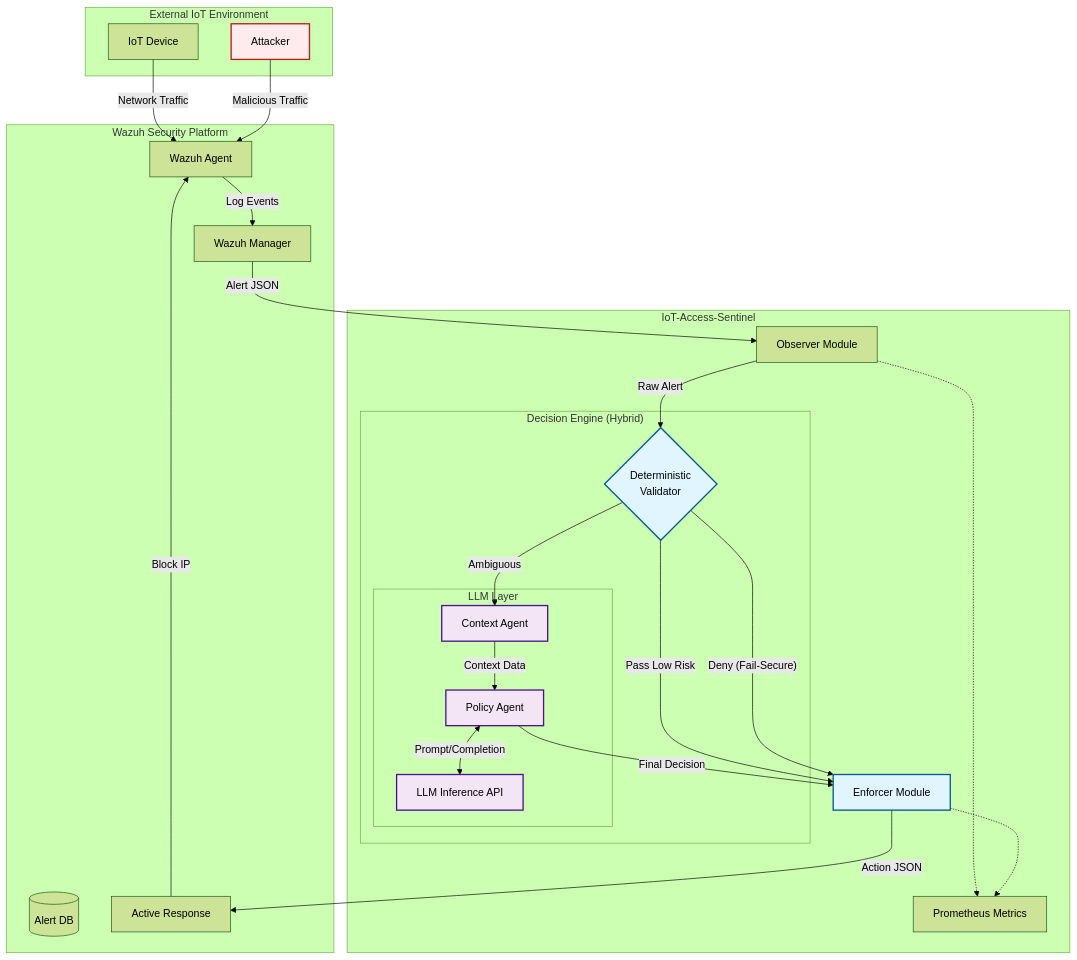
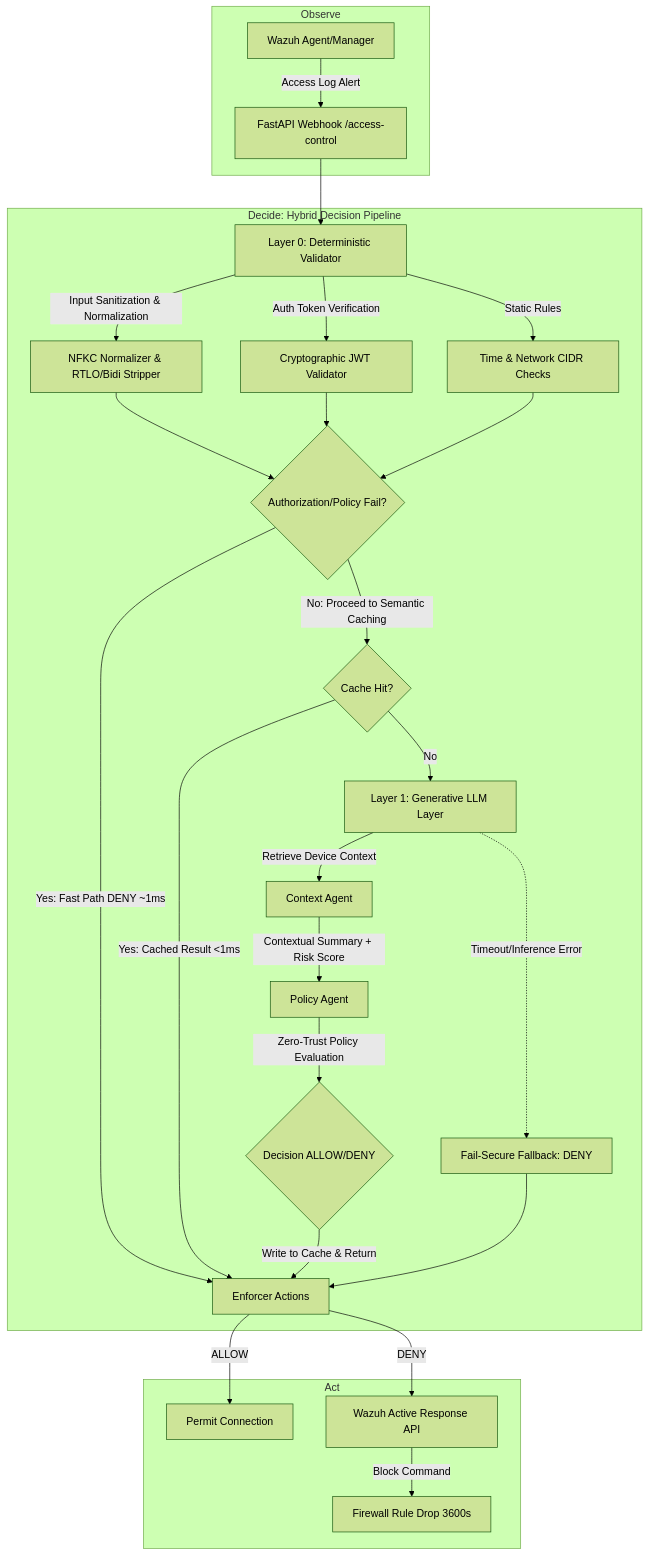
The diagram in README.md (ahmed-fouad-lagha/IoT-Access-Sentinel), drawn with Mermaid (forest theme) before and after one commit. The commit also changed other lines of this file and 2 other files, not shown here.

Commit message:
docs: update architecture documentation and add visual diagrams for the hybrid IoT access control pipeline

````diff
--- a/README.md
+++ b/README.md
@@ -43,65 +22,43 @@
 ```mermaid
 graph TD
-    subgraph "External IoT Environment"
-        IoT_Device[IoT Device]
-        Hacker[Attacker]
+    subgraph Observe
+        Wazuh[Wazuh Agent/Manager] -->|Access Log Alert| API[FastAPI Webhook /access-control]
     end
 
-    subgraph "Wazuh Security Platform"
-        Wazuh_Agent[Wazuh Agent]
-        Wazuh_Manager[Wazuh Manager]
-        Wazuh_DB[(Alert DB)]
-        AR_Module[Active Response]
+    subgraph Decide [Decide: Hybrid Decision Pipeline]
+        API --> L0[Layer 0: Deterministic Validator]
+        
+        %% Layer 0
+        L0 -->|Input Sanitization & Normalization| Sanitizer[NFKC Normalizer & RTLO/Bidi Stripper]
+        L0 -->|Auth Token Verification| JWT[Cryptographic JWT Validator]
+        L0 -->|Static Rules| Rules[Time & Network CIDR Checks]
+        
+        Sanitizer --> L0_Check{Authorization/Policy Fail?}
+        JWT --> L0_Check
+        Rules --> L0_Check
+        
+        L0_Check -->|Yes: Fast Path DENY ~1ms| Enforcer[Enforcer Actions]
+        L0_Check -->|No: Proceed to Semantic Caching| CacheLookup{Cache Hit?}
+        
+        %% Cache
+        CacheLookup -->|Yes: Cached Result <1ms| Enforcer
+        CacheLookup -->|No| L1[Layer 1: Generative LLM Layer]
+        
+        %% Layer 1
+        L1 -->|Retrieve Device Context| CA[Context Agent]
+        CA -->|Contextual Summary + Risk Score| PA[Policy Agent]
+        PA -->|Zero-Trust Policy Evaluation| PA_Dec{Decision ALLOW/DENY}
+        
+        PA_Dec -->|Write to Cache & Return| Enforcer
+        
+        %% Failures
+        L1 -.->|Timeout/Inference Error| FailSecure[Fail-Secure Fallback: DENY]
+        FailSecure --> Enforcer
     end
 
-    subgraph "IoT-Access-Sentinel"
-        Observer[Observer Module]
-        
-        subgraph "Decision Engine (Hybrid)"
-            Validator{Deterministic\nValidator}
-            
-            subgraph "LLM Layer"
-                Policy_Ag[Policy Agent]
-                Context_Ag[Context Agent]
-                LLM_API[LLM Inference API]
-            end
-        end
-        
-        Enforcer[Enforcer Module]
-        Metrics[Prometheus Metrics]
+    subgraph Act
+        Enforcer -->|ALLOW| AllowAccess[Permit Connection]
+        Enforcer -->|DENY| WazuhAR[Wazuh Active Response API]
+        WazuhAR -->|Block Command| IPBlock[Firewall Rule Drop 3600s]
     end
-
-    %% Data Flow
-    IoT_Device -->|Network Traffic| Wazuh_Agent
-    Hacker -->|Malicious Traffic| Wazuh_Agent
-    
-    Wazuh_Agent -->|Log Events| Wazuh_Manager
-    Wazuh_Manager -->|Alert JSON| Observer
-    
-    Observer -->|Raw Alert| Validator
-    
-    %% Decision Logic
-    Validator -->|Pass Low Risk| Enforcer
-    Validator -->|"Deny (Fail-Secure)"| Enforcer
-    Validator -->|Ambiguous| Context_Ag
-    
-    Context_Ag -->|Context Data| Policy_Ag
-    Policy_Ag <-->|"Prompt/Completion"| LLM_API
-    Policy_Ag -->|Final Decision| Enforcer
-    
-    %% Enforcement
-    Enforcer -->|Action JSON| AR_Module
-    AR_Module -->|Block IP| Wazuh_Agent
-    
-    %% Monitoring
-    Observer -.-> Metrics
-    Enforcer -.-> Metrics
-    
-    classDef secure fill:#e1f5fe,stroke:#01579b,stroke-width:2px;
-    classDef attack fill:#ffebee,stroke:#b71c1c,stroke-width:2px;
-    classDef ai fill:#f3e5f5,stroke:#4a148c,stroke-width:2px;
-    
-    class Validator,Enforcer secure;
-    class Hacker attack;
-    class Policy_Ag,Context_Ag,LLM_API ai;
 ```
````
